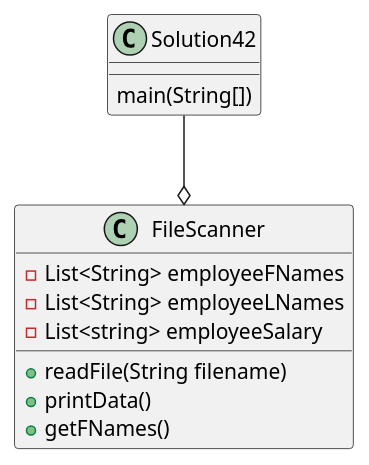
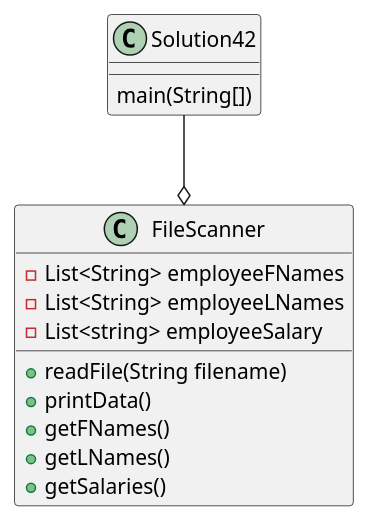
One commit to jad714/davis-a04 changed the diagram in exercise42/docs/Solution42Structure.puml. Above: the diagram before and after it, drawn with PlantUML. The commit also changed 9 other files, not shown here.

```diff
--- a/exercise42/docs/Solution42Structure.puml
+++ b/exercise42/docs/Solution42Structure.puml
@@ -6,21 +6,23 @@
 @startuml
 'https://plantuml.com/sequence-diagram
 
 Class Solution42{
     main(String[])
     ' FileScanner fs = new FileScanner()
     ' fs.readFile
     ' fs.printData
 }
 
 Class FileScanner{
     -List<String> employeeFNames
     -List<String> employeeLNames
     -List<string> employeeSalary
 
     +readFile(String filename)
     +printData()
     +getFNames()
+    +getLNames()
+    +getSalaries()
 }
 Solution42 --o FileScanner
 @enduml
```
